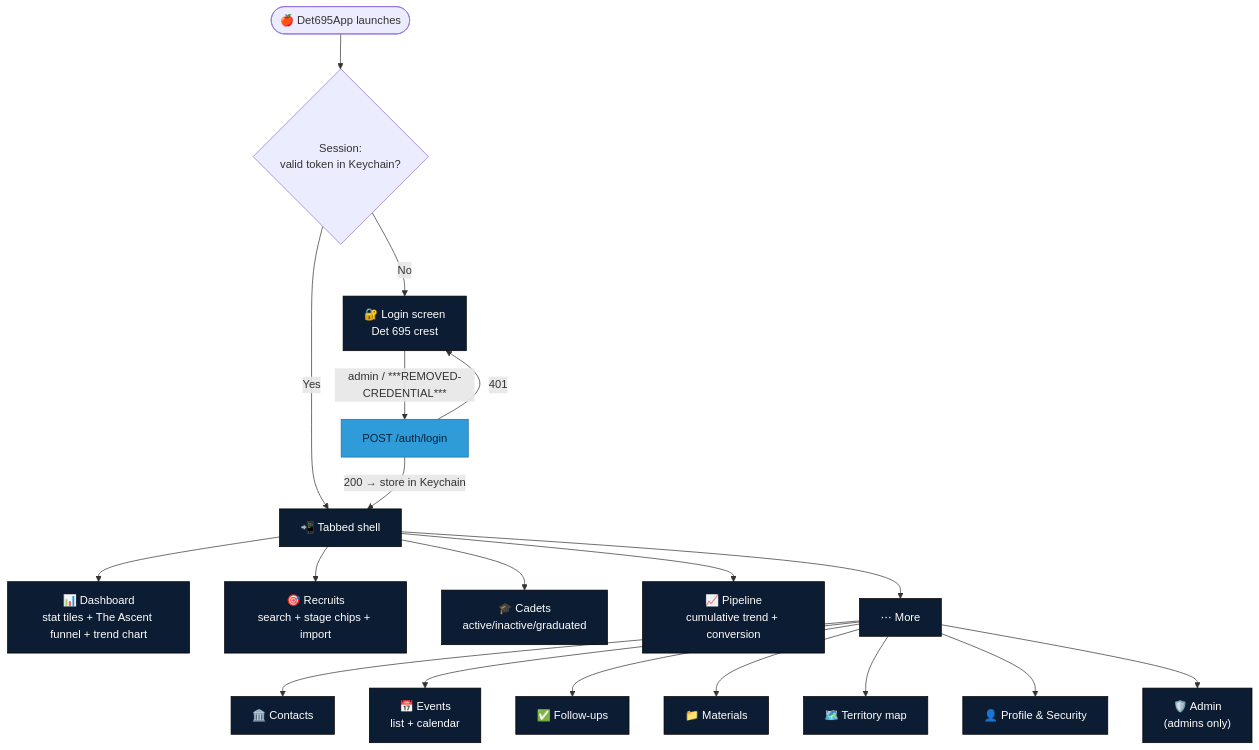
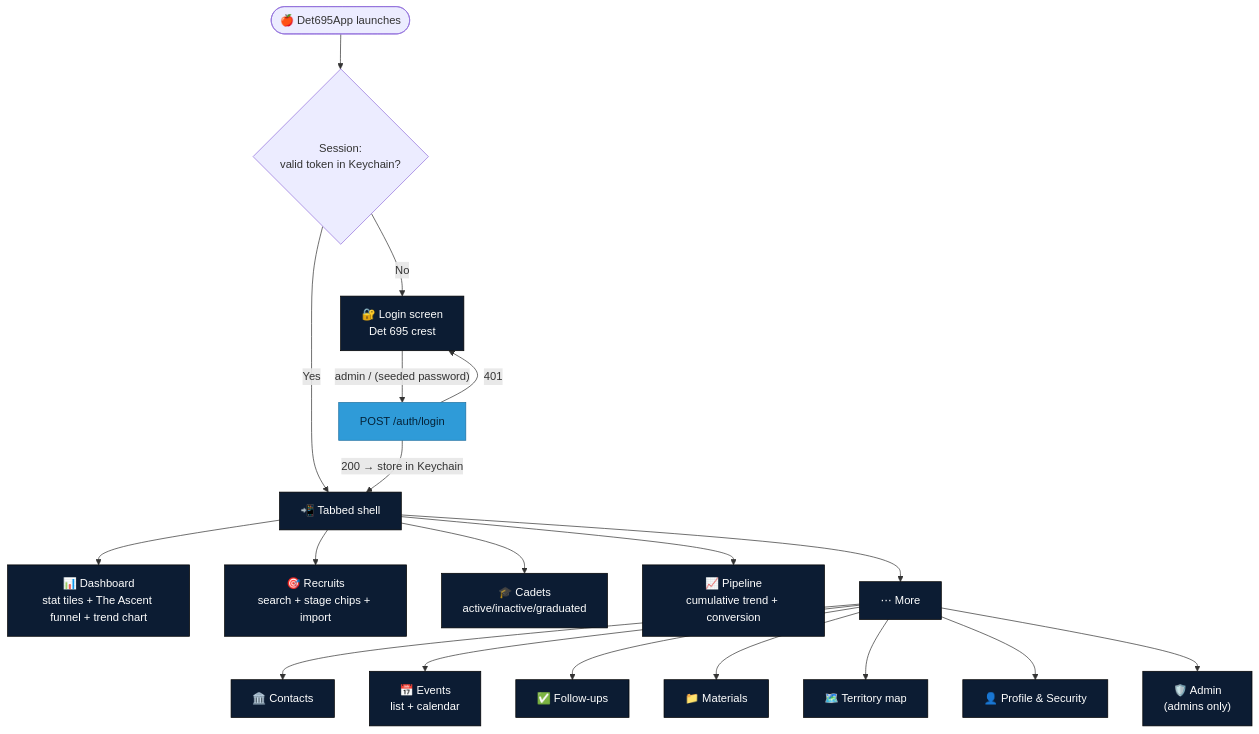
Before and after one commit to drewdog88/afrotc-native-ios: the diagram in wiki/iOS-App.md, drawn with Mermaid. The commit also changed other lines of this file and 14 other files, not shown here.

````diff
--- a/wiki/iOS-App.md
+++ b/wiki/iOS-App.md
@@ -21,29 +21,29 @@
 ```mermaid
 flowchart TD
     LAUNCH(["🍎 Det695App launches"]) --> SESSION{"Session:<br>valid token in Keychain?"}
     SESSION -->|"No"| LOGIN["🔐 Login screen<br>Det 695 crest"]
     SESSION -->|"Yes"| SHELL
 
-    LOGIN -->|"admin / ***REMOVED-CREDENTIAL***"| AUTH["POST /auth/login"]
+    LOGIN -->|"admin / (seeded password)"| AUTH["POST /auth/login"]
     AUTH -->|"200 → store in Keychain"| SHELL["📲 Tabbed shell"]
     AUTH -->|"401"| LOGIN
 
     SHELL --> DASH["📊 Dashboard<br>stat tiles + The Ascent funnel + trend chart"]
     SHELL --> REC["🎯 Recruits<br>search + stage chips + import"]
     SHELL --> CAD["🎓 Cadets<br>active/inactive/graduated"]
     SHELL --> PIPE["📈 Pipeline<br>cumulative trend + conversion"]
     SHELL --> MORE["⋯ More"]
 
     MORE --> CON["🏛️ Contacts"]
     MORE --> EVT["📅 Events<br>list + calendar"]
     MORE --> FUP["✅ Follow-ups"]
     MORE --> MAT["📁 Materials"]
     MORE --> TER["🗺️ Territory map"]
     MORE --> PROF["👤 Profile & Security"]
     MORE --> ADM["🛡️ Admin<br>(admins only)"]
 
     classDef ios fill:#0c1c33,stroke:#000000,color:#ffffff
     classDef api fill:#2f9bd8,stroke:#1c6fa0,color:#05243a
     class LOGIN,SHELL,DASH,REC,CAD,PIPE,MORE,CON,EVT,FUP,MAT,TER,PROF,ADM ios
     class AUTH api
 ```
````
